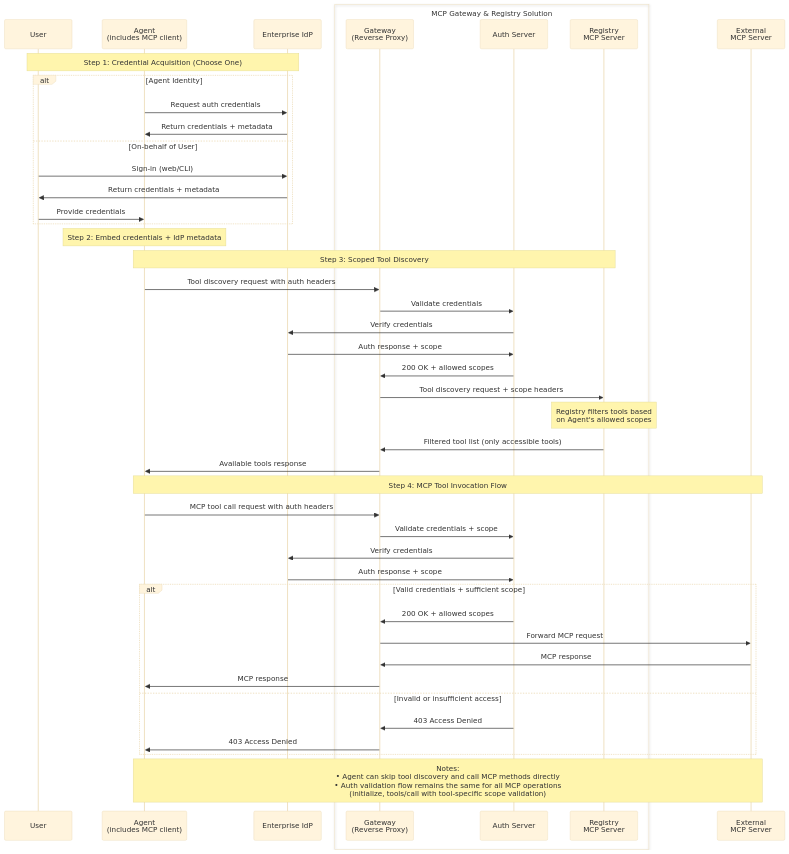
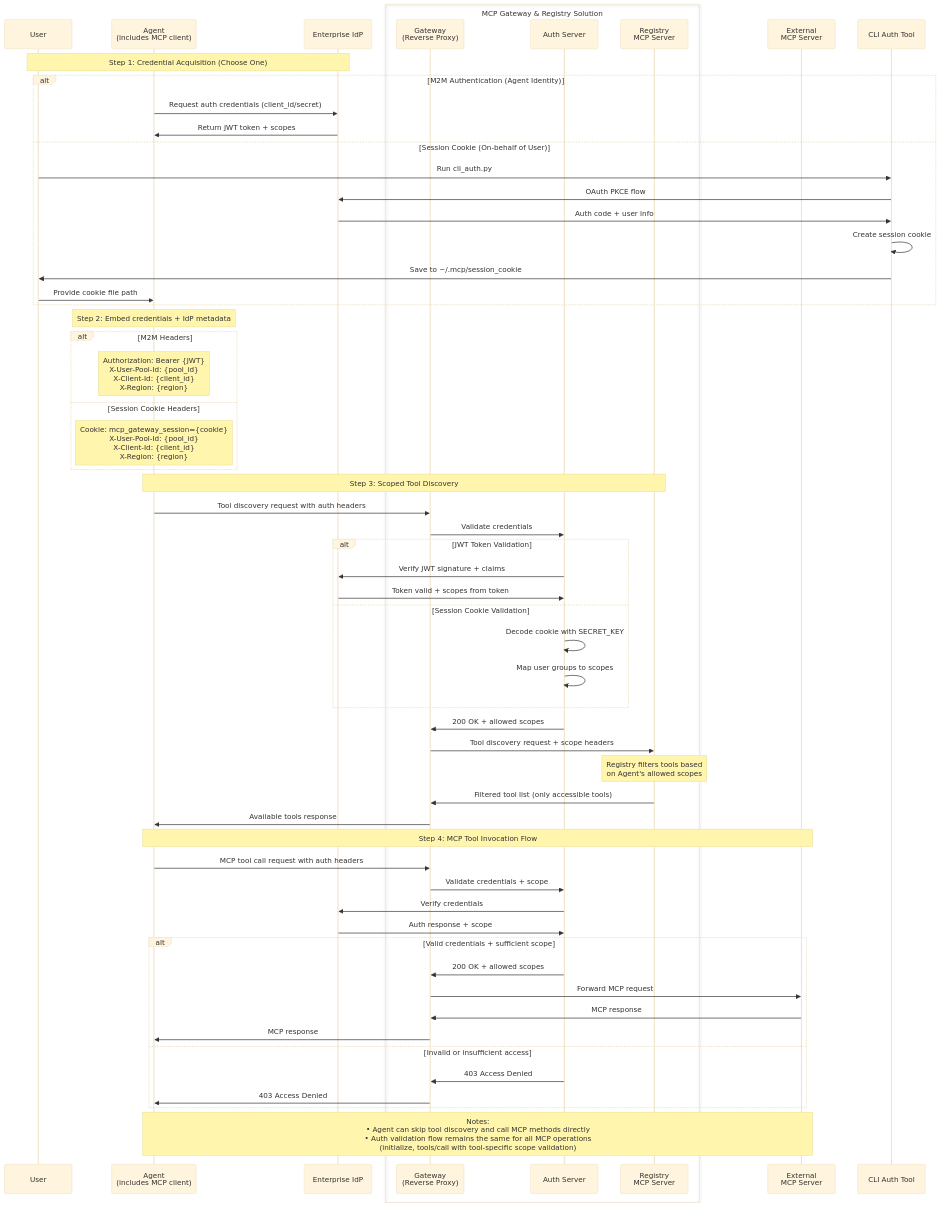
One commit to ascending-llc/mcp-gateway-registry changed the second of 2 diagrams in docs/auth.md. Above: the diagram before and after it, drawn with Mermaid (base theme). The commit also changed other lines of this file and 6 other files, not shown here.

````diff
--- a/docs/auth.md
+++ b/docs/auth.md
@@ -71,61 +78,75 @@
 ```mermaid
 sequenceDiagram
     participant User
     participant Agent as Agent<br/>(includes MCP client)
     participant IdP as Enterprise IdP
     
     box rgba(0,0,0,0) MCP Gateway & Registry Solution
         participant Gateway as Gateway<br/>(Reverse Proxy)
         participant AuthServer as Auth Server
         participant Registry as Registry<br/>MCP Server
     end
     
     participant MCP as External<br/>MCP Server
 
     %% Step 1: Get credentials
     Note over User,IdP: Step 1: Credential Acquisition (Choose One)
-    alt Agent Identity
-        Agent->>IdP: Request auth credentials
-        IdP->>Agent: Return credentials + metadata
-    else On-behalf of User
-        User->>IdP: Sign-in (web/CLI)
-        IdP->>User: Return credentials + metadata
-        User->>Agent: Provide credentials
+    alt M2M Authentication (Agent Identity)
+        Agent->>IdP: Request auth credentials (client_id/secret)
+        IdP->>Agent: Return JWT token + scopes
+    else Session Cookie (On-behalf of User)
+        participant CLIAuth as CLI Auth Tool
+        User->>CLIAuth: Run cli_auth.py
+        CLIAuth->>IdP: OAuth PKCE flow
+        IdP->>CLIAuth: Auth code + user info
+        CLIAuth->>CLIAuth: Create session cookie
+        CLIAuth->>User: Save to ~/.mcp/session_cookie
+        User->>Agent: Provide cookie file path
     end
 
     %% Step 2: Embed credentials in headers
     Note over Agent: Step 2: Embed credentials + IdP metadata
+    alt M2M Headers
+        Note over Agent: Authorization: Bearer {JWT}<br/>X-User-Pool-Id: {pool_id}<br/>X-Client-Id: {client_id}<br/>X-Region: {region}
+    else Session Cookie Headers
+        Note over Agent: Cookie: mcp_gateway_session={cookie}<br/>X-User-Pool-Id: {pool_id}<br/>X-Client-Id: {client_id}<br/>X-Region: {region}
+    end
 
     %% Step 3: Tool Discovery with scoped access
     Note over Agent,Registry: Step 3: Scoped Tool Discovery
     Agent->>Gateway: Tool discovery request with auth headers
     Gateway->>AuthServer: Validate credentials
-    AuthServer->>IdP: Verify credentials
-    IdP->>AuthServer: Auth response + scope
+    alt JWT Token Validation
+        AuthServer->>IdP: Verify JWT signature + claims
+        IdP->>AuthServer: Token valid + scopes from token
+    else Session Cookie Validation
+        AuthServer->>AuthServer: Decode cookie with SECRET_KEY
+        AuthServer->>AuthServer: Map user groups to scopes
+    end
     AuthServer->>Gateway: 200 OK + allowed scopes
     Gateway->>Registry: Tool discovery request + scope headers
     
     Note over Registry: Registry filters tools based<br/>on Agent's allowed scopes
     Registry->>Gateway: Filtered tool list (only accessible tools)
     Gateway->>Agent: Available tools response
 
     %% Step 4: MCP Tool Invocation to External Server
     Note over Agent,MCP: Step 4: MCP Tool Invocation Flow
     Agent->>Gateway: MCP tool call request with auth headers
     Gateway->>AuthServer: Validate credentials + scope
     AuthServer->>IdP: Verify credentials
     IdP->>AuthServer: Auth response + scope
     
     alt Valid credentials + sufficient scope
         AuthServer->>Gateway: 200 OK + allowed scopes
         Gateway->>MCP: Forward MCP request
         MCP->>Gateway: MCP response
         Gateway->>Agent: MCP response
     else Invalid or insufficient access
         AuthServer->>Gateway: 403 Access Denied
         Gateway->>Agent: 403 Access Denied
     end
 
     %% Footnotes
     Note over Agent,MCP: Notes:<br/>• Agent can skip tool discovery and call MCP methods directly<br/>• Auth validation flow remains the same for all MCP operations<br/>  (initialize, tools/call with tool-specific scope validation)
 ```
````
